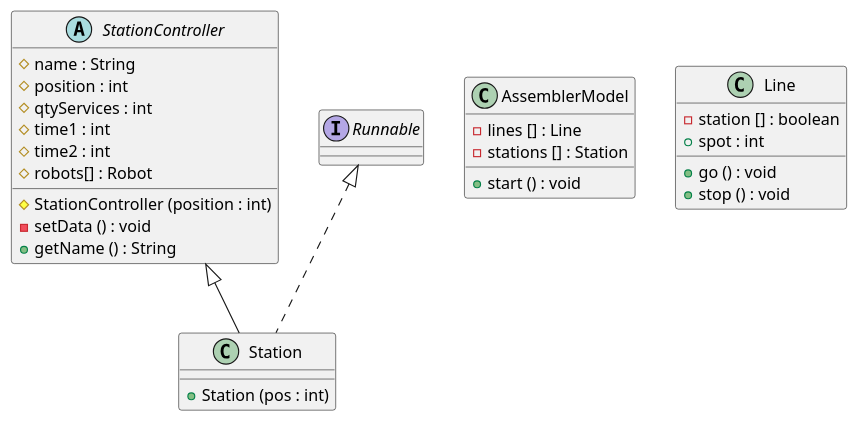
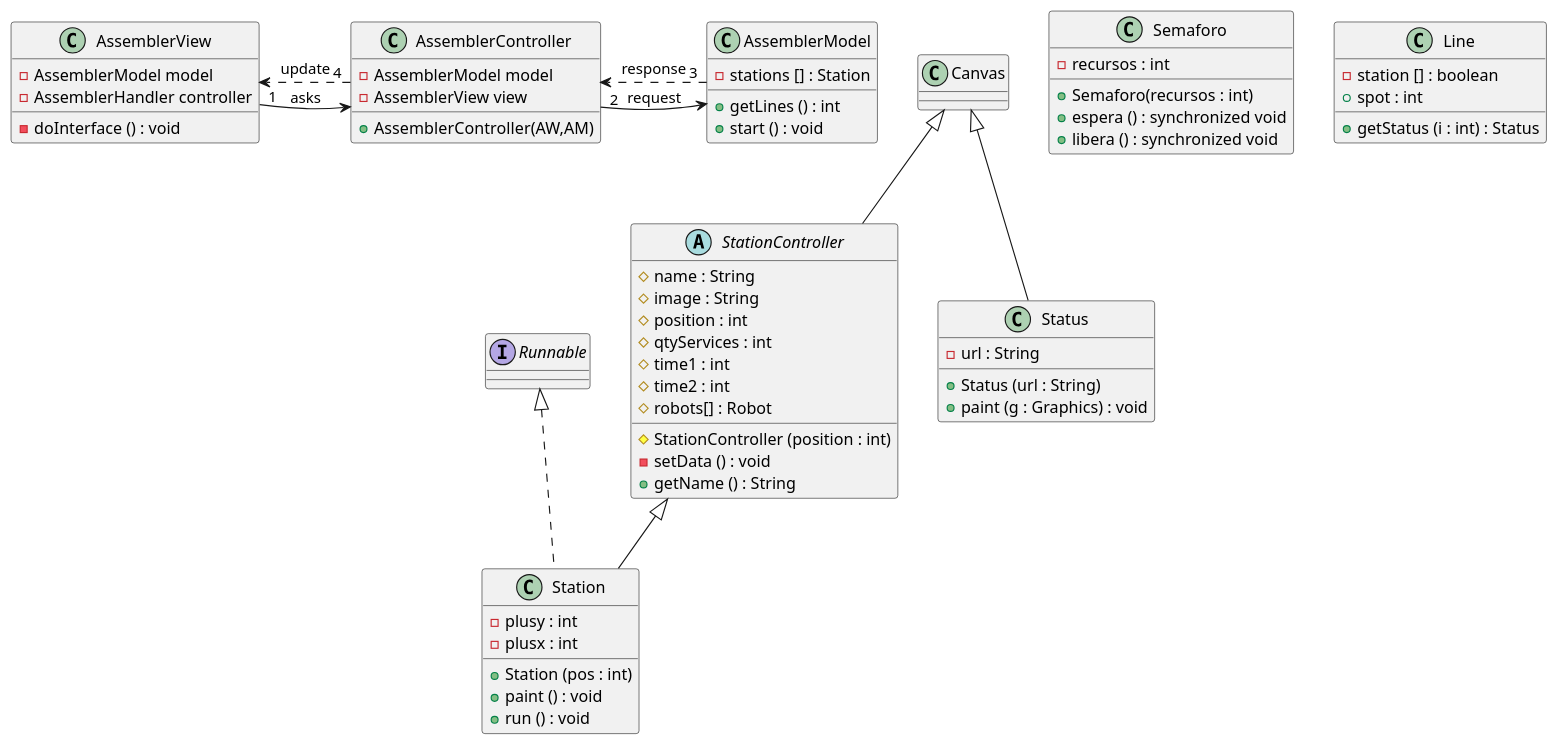
One commit to gerrystuff/java.toyoto.desktop changed the diagram in diagrams/Objects.puml. Above: the diagram before and after it, drawn with PlantUML. The commit also changed 21 other files, not shown here.

```diff
--- a/diagrams/Objects.puml
+++ b/diagrams/Objects.puml
@@ -2,36 +2,81 @@
 @startuml
-abstract class StationController{
+abstract class StationController extends Canvas {
      # name : String
+     # image : String
      # position : int
      # qtyServices : int
      # time1 : int
      # time2 : int
      # robots[] : Robot
 
      # StationController (position : int)
      - setData () : void
      + getName () : String
     }
 
 class Station extends StationController implements Runnable{
-    + Station (pos : int)
+
+      - plusy : int
+      - plusx : int
+
+      + Station (pos : int)
+      + paint () : void
+      + run () : void
 }
 
-class AssemblerModel {
-    - lines [] : Line
-    - stations [] : Station
+class Semaforo{
+      - recursos : int
 
-    + start () : void
-
+      + Semaforo(recursos : int)
+      + espera () : synchronized void
+      + libera () : synchronized void
 
 }
 
 class Line {
     - station [] : boolean
     + spot : int
 
-    + go () : void
-    + stop () : void
+    + getStatus (i : int) : Status
+
 }
 
+class AssemblerView {
+    - AssemblerModel model
+    - AssemblerHandler controller
+
+    - doInterface () : void
+}
+
+class AssemblerController {
+    - AssemblerModel model
+    - AssemblerView view
+
+    + AssemblerController(AW,AM)
+}
+
+class AssemblerModel {
+        - stations [] : Station
+
+        + getLines () : int
+        + start () : void
+
+}
+
+class Status extends Canvas {
+    - url : String
+
+    + Status (url : String)
+    + paint (g : Graphics) : void
+}
+
+
+AssemblerView "1" -> AssemblerController : asks
+AssemblerController"2" ->  AssemblerModel : request
+
+AssemblerModel "3" .> AssemblerController : response
+AssemblerController "4" .> AssemblerView : update
+
+
+
 @enduml
```
